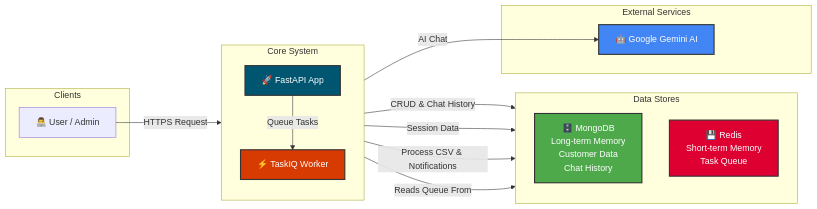
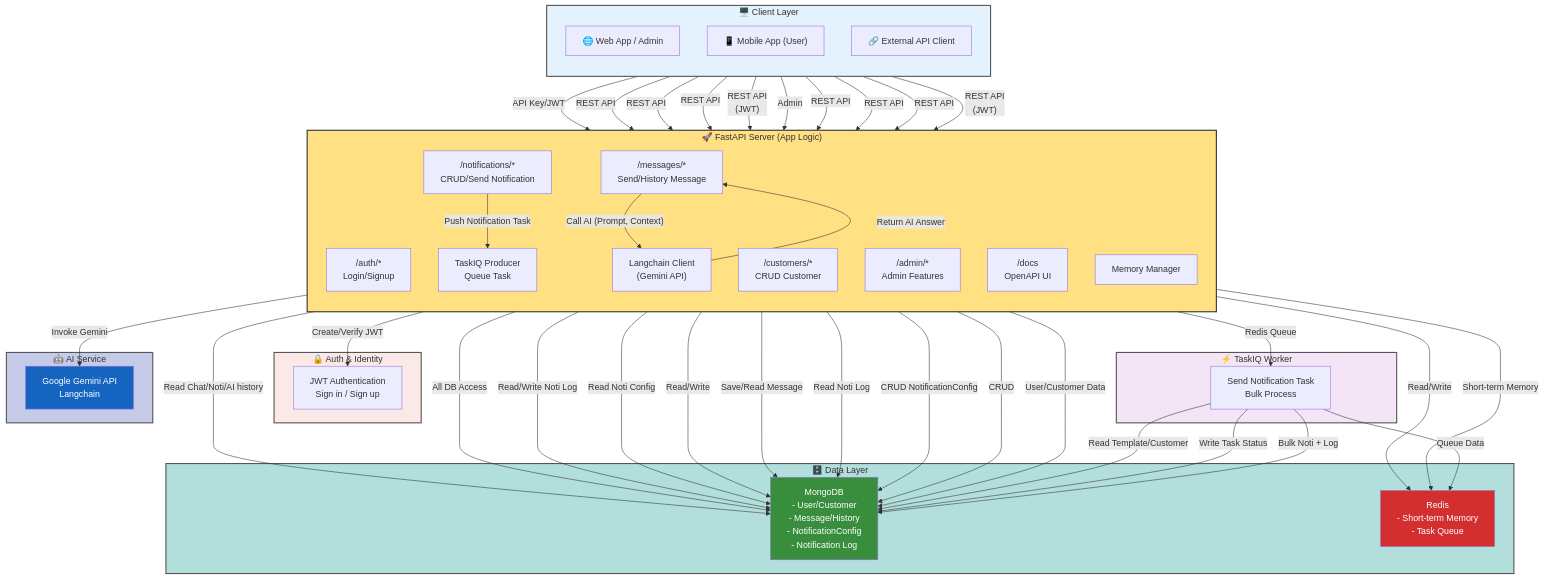
One commit to duonguwu/notification_bot changed the first of 2 diagrams in README.md. Above: the diagram before and after it, drawn with Mermaid.

````diff
--- a/README.md
+++ b/README.md
@@ -26,38 +26,104 @@
 ```mermaid
-graph LR
-    subgraph "Clients"
-        User[👨‍💻 User / Admin]
+flowchart TD
+    %% CLIENT LAYER
+    subgraph CLIENT["🖥️ Client Layer"]
+        direction TB
+        WebApp["🌐 Web App / Admin"]
+        Mobile["📱 Mobile App (User)"]
+        APIClient["🔗 External API Client"]
     end
 
-    subgraph "Core System"
-        direction TB
-        API[🚀 FastAPI App]
-        TaskIQ[⚡ TaskIQ Worker]
+    %% AUTH
+    subgraph AUTH["🔒 Auth & Identity"]
+        JWT["JWT Authentication<br>Sign in / Sign up"]
     end
 
-    subgraph "Data Stores"
+    %% FASTAPI LAYER
+    subgraph API["🚀 FastAPI Server (App Logic)"]
         direction TB
-        MongoDB[🗄️ MongoDB<br>Long-term Memory<br>Customer Data<br>Chat History]
-        Redis[💾 Redis<br>Short-term Memory<br>Task Queue]
+        AuthAPI["/auth/*<br>Login/Signup"]
+        CustomerAPI["/customers/*<br>CRUD Customer"]
+        NotificationAPI["/notifications/*<br>CRUD/Send Notification"]
+        MessageAPI["/messages/*<br>Send/History Message"]
+        AdminAPI["/admin/*<br>Admin Features"]
+        Docs["/docs<br>OpenAPI UI"]
+        TaskQueue["TaskIQ Producer<br>Queue Task"]
+        Langchain["Langchain Client<br>(Gemini API)"]
+        Memory["Memory Manager"]
     end
 
-    subgraph "External Services"
-        Gemini[🤖 Google Gemini AI]
+    %% TASKIQ WORKER
+    subgraph WORKER["⚡ TaskIQ Worker"]
+        TaskIQ["Send Notification Task<br>Bulk Process"]
     end
 
-    User -- "HTTPS Request" --> API
+    %% DATA LAYER
+    subgraph DATA["🗄️ Data Layer"]
+        MongoDB["MongoDB<br>- User/Customer<br>- Message/History<br>- NotificationConfig<br>- Notification Log"]
+        Redis["Redis<br>- Short-term Memory<br>- Task Queue"]
+    end
 
-    API -- "CRUD & Chat History" --> MongoDB
-    API -- "Session Data" --> Redis
-    API -- "AI Chat" --> Gemini
-    API -- "Queue Tasks" --> TaskIQ
+    %% AI
+    subgraph AI["🤖 AI Service"]
+        Gemini["Google Gemini API<br>Langchain"]
+    end
 
-    TaskIQ -- "Process CSV & Notifications" --> MongoDB
-    TaskIQ -- "Reads Queue From" --> Redis
+    %% CLIENT to API
+    WebApp -- "REST API\n(JWT)" --> AuthAPI
+    WebApp -- "REST API" --> CustomerAPI
+    WebApp -- "REST API" --> NotificationAPI
+    WebApp -- "REST API" --> MessageAPI
+    WebApp -- "Admin" --> AdminAPI
+    Mobile -- "REST API\n(JWT)" --> AuthAPI
+    Mobile -- "REST API" --> CustomerAPI
+    Mobile -- "REST API" --> NotificationAPI
+    Mobile -- "REST API" --> MessageAPI
+    APIClient -- "API Key/JWT" --> AuthAPI
 
-    style API fill:#005571,stroke:#333,stroke-width:2px,color:#fff
-    style TaskIQ fill:#D83B01,stroke:#333,stroke-width:2px,color:#fff
-    style MongoDB fill:#4EA94B,stroke:#333,stroke-width:2px,color:#fff
-    style Redis fill:#DD0031,stroke:#333,stroke-width:2px,color:#fff
-    style Gemini fill:#4285F4,stroke:#333,stroke-width:2px,color:#fff
+    %% AUTH
+    AuthAPI -- "Create/Verify JWT" --> JWT
+    AuthAPI -- "User/Customer Data" --> MongoDB
+
+    %% API logic to DATA
+    CustomerAPI -- "CRUD" --> MongoDB
+    NotificationAPI -- "CRUD NotificationConfig" --> MongoDB
+    NotificationAPI -- "Push Notification Task" --> TaskQueue
+    NotificationAPI -- "Read Noti Log" --> MongoDB
+    MessageAPI -- "Save/Read Message" --> MongoDB
+    MessageAPI -- "Short-term Memory" --> Redis
+    Memory -- "Read/Write" --> Redis
+    Memory -- "Read/Write" --> MongoDB
+
+    %% AI
+    MessageAPI -- "Call AI (Prompt, Context)" --> Langchain
+    Langchain -- "Invoke Gemini" --> Gemini
+    Langchain -- "Return AI Answer" --> MessageAPI
+
+    %% TASKIQ WORKER
+    TaskQueue -- "Redis Queue" --> TaskIQ
+    TaskIQ -- "Bulk Noti + Log" --> MongoDB
+    TaskIQ -- "Write Task Status" --> MongoDB
+    TaskIQ -- "Read Template/Customer" --> MongoDB
+
+    %% DATA ACCESS
+    NotificationAPI -- "Read Noti Config" --> MongoDB
+    NotificationAPI -- "Read/Write Noti Log" --> MongoDB
+    AdminAPI -- "All DB Access" --> MongoDB
+
+    %% History access
+    MessageAPI -- "Read Chat/Noti/AI history" --> MongoDB
+
+    %% Redis use
+    TaskIQ -- "Queue Data" --> Redis
+
+    %% STYLE
+    style CLIENT fill:#e3f2fd,stroke:#555,stroke-width:2px
+    style AUTH fill:#fbe9e7,stroke:#555,stroke-width:2px
+    style API fill:#ffe082,stroke:#333,stroke-width:2px
+    style WORKER fill:#f3e5f5,stroke:#555,stroke-width:2px
+    style DATA fill:#b2dfdb,stroke:#555,stroke-width:2px
+    style AI fill:#c5cae9,stroke:#555,stroke-width:2px
+    style MongoDB fill:#388e3c,color:#fff
+    style Redis fill:#d32f2f,color:#fff
+    style Gemini fill:#1565c0,color:#fff
 ```
````
